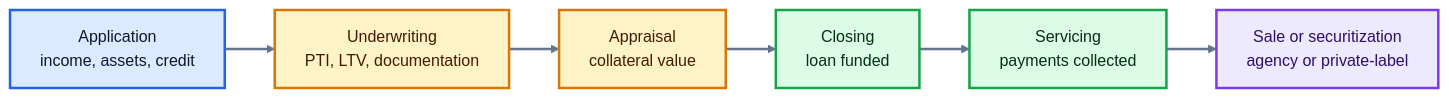
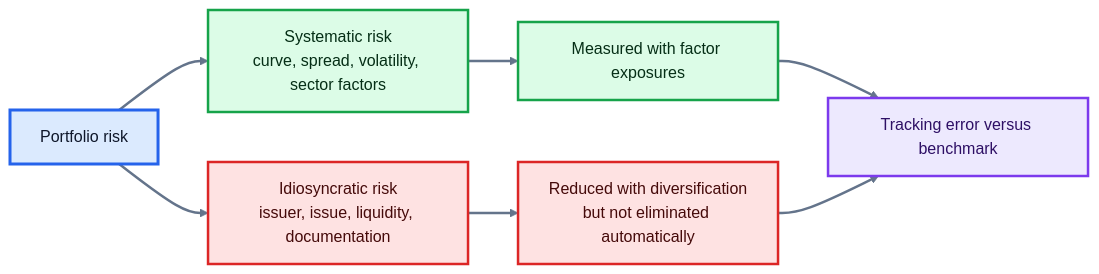
The first of 4 diagrams in lecture_notes/lec6.qmd (AliBoloor/BUS411), drawn with Mermaid before and after one commit. The commit also changed other lines of this file and 1 other file, not shown here.

````diff
--- a/lecture_notes/lec6.qmd
+++ b/lecture_notes/lec6.qmd
@@ -98,18 +122,19 @@
 ```{mermaid}
 %%{init: {"theme": "base", "themeVariables": {"fontFamily": "Inter, Arial, sans-serif", "lineColor": "#64748b"}}}%%
 flowchart LR
-  A["Application<br/>income, assets, credit"] --> B["Underwriting<br/>PTI, LTV, documentation"]
-  B --> C["Appraisal<br/>collateral value"]
-  C --> D["Closing<br/>loan funded"]
-  D --> E["Servicing<br/>payments collected"]
-  E --> F["Sale or securitization<br/>agency or private-label"]
-  classDef start fill:#dbeafe,stroke:#2563eb,stroke-width:2.5px,color:#0f172a;
-  classDef check fill:#fef3c7,stroke:#d97706,stroke-width:2.5px,color:#451a03;
-  classDef close fill:#dcfce7,stroke:#16a34a,stroke-width:2.5px,color:#052e16;
-  classDef market fill:#ede9fe,stroke:#7c3aed,stroke-width:2.5px,color:#2e1065;
-  class A start;
-  class B,C check;
-  class D,E close;
-  class F market;
+  A["Portfolio risk"] --> B["Systematic risk<br/>curve, spread, volatility, sector factors"]
+  A --> C["Idiosyncratic risk<br/>issuer, issue, liquidity, documentation"]
+  B --> D["Measured with factor exposures"]
+  C --> E["Reduced with diversification<br/>but not eliminated automatically"]
+  D --> F["Tracking error versus benchmark"]
+  E --> F
+  classDef root fill:#dbeafe,stroke:#2563eb,stroke-width:3px,color:#0f172a;
+  classDef systematic fill:#dcfce7,stroke:#16a34a,stroke-width:2.5px,color:#052e16;
+  classDef idio fill:#fee2e2,stroke:#dc2626,stroke-width:2.5px,color:#450a0a;
+  classDef result fill:#ede9fe,stroke:#7c3aed,stroke-width:2.5px,color:#2e1065;
+  class A root;
+  class B,D systematic;
+  class C,E idio;
+  class F result;
   linkStyle default stroke:#64748b,stroke-width:2.5px;
 ```
````
